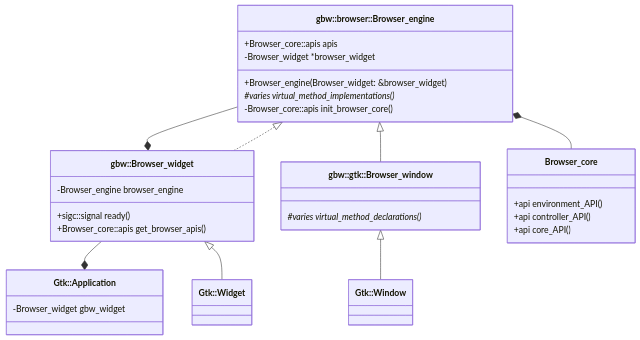
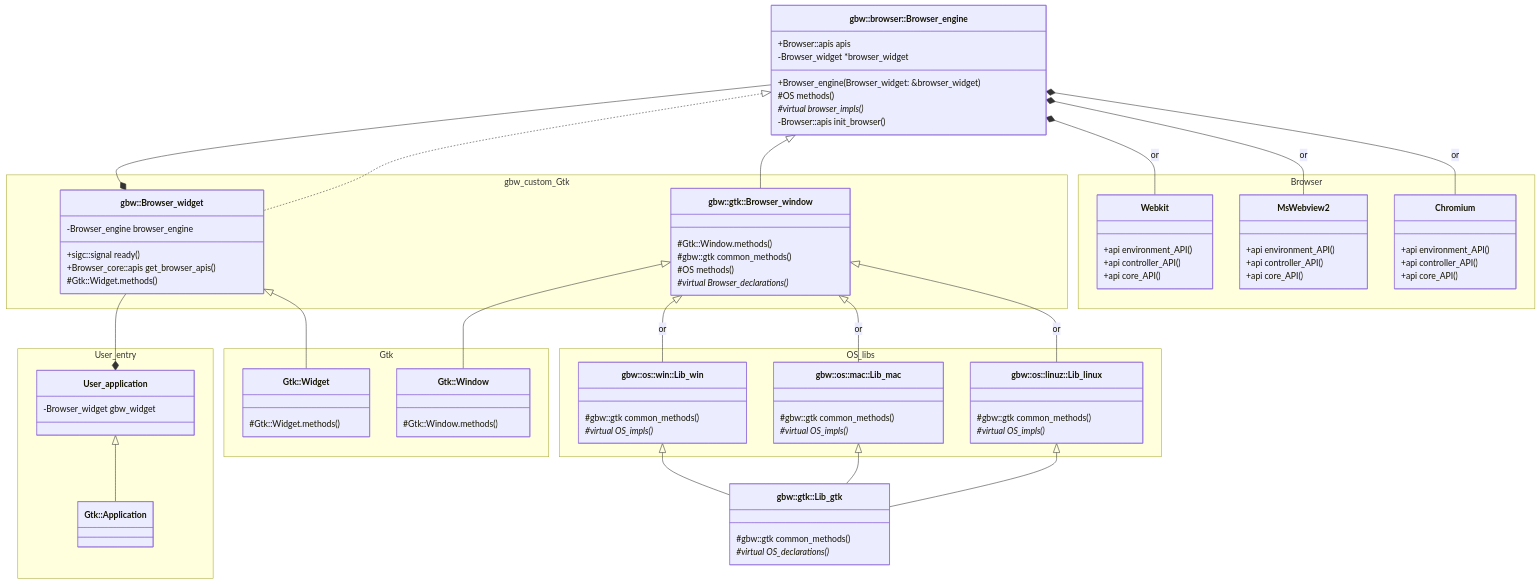
Before and after one commit to citkane/gtk-browser-widget: the diagram in include/gtk/README.md, drawn with Mermaid. The commit also changed other lines of this file, not shown here.

Commit message:
Update class hierarchy

````diff
--- a/include/gtk/README.md
+++ b/include/gtk/README.md
@@ -14,40 +14,109 @@
 ```mermaid
 classDiagram-v2
-    class Browser_widget["gbw::Browser_widget"]{
-        -Browser_engine browser_engine
-        +sigc::signal ready()
-        +Browser_core::apis get_browser_apis()
+    namespace gbw_custom_Gtk {
+      class Browser_widget["gbw::Browser_widget"]{
+          +sigc::signal ready()
+          +Browser_core::apis get_browser_apis()
+          #Gtk::Widget.methods()
+          -Browser_engine browser_engine
+      }
+
+      class Browser_window["gbw::gtk::Browser_window"]{
+        #Gtk::Window.methods()
+        #gbw::gtk common_methods()
+        #OS methods()
+        #virtual Browser_declarations()*
+      }
     }
 
-    class Browser_window["gbw::gtk::Browser_window"]{
-      #varies virtual_method_declarations()*
-    }
- 
     class Browser_engine["gbw::browser::Browser_engine"]{
         +Browser_engine(Browser_widget: &browser_widget)
-        +Browser_core::apis apis
+        +Browser::apis apis
+
+        #OS methods()
+        #virtual browser_impls()*
+        
+        -Browser::apis init_browser()
         -Browser_widget *browser_widget
-        #varies virtual_method_implementations()*
-        -Browser_core::apis init_browser_core()
         
     }
-   
-    class Window["Gtk::Window"]
-    class Widget["Gtk::Widget"]
-    class Application["Gtk::Application"]{
+
+    class Lib_gtk["gbw::gtk::Lib_gtk"]{
+      #gbw::gtk common_methods()
+      #virtual OS_declarations()*
+    }
+
+    namespace OS_libs {
+      class Lib_mac["gbw::os::mac::Lib_mac"]{
+        #gbw::gtk common_methods()
+        #virtual OS_impls()*
+      }
+      class Lib_win["gbw::os::win::Lib_win"]{
+        #gbw::gtk common_methods()
+        #virtual OS_impls()*
+      }
+      class Lib_linux["gbw::os::linuz::Lib_linux"]{
+        #gbw::gtk common_methods()
+        #virtual OS_impls()*
+      }
+    }
+
+    namespace Gtk {
+      class Widget["Gtk::Widget"]{
+        #Gtk::Widget.methods()
+      }
+      class Window["Gtk::Window"] {
+        #Gtk::Window.methods()
+      }
+    }
+
+
+    namespace User_entry {
+      class Application["Gtk::Application"]
+      class User_application{
         -Browser_widget gbw_widget
+      }
     }
-    class Browser_core {
+  
+ namespace Browser {
+    class Webkit {
       +api environment_API()
       +api controller_API()
       +api core_API()
     }
+    class MsWebview2 {
+      +api environment_API()
+      +api controller_API()
+      +api core_API()
+    }
+    class Chromium {
+      +api environment_API()
+      +api controller_API()
+      +api core_API()
+    }
+ }
 
-    Browser_engine *-- Browser_core
+    Browser_engine <|-- Browser_window
+    Browser_engine *-- Webkit : or
+    Browser_engine *-- Chromium : or
+    Browser_engine *-- MsWebview2 : or
     Browser_engine --* Browser_widget
-    Browser_widget --* Application
-    Browser_engine <|-- Browser_window
+
+    Browser_widget --* User_application
+    Browser_widget <|-- Widget
+
+    User_application <|-- Application
+
     Browser_window <|-- Window
-    Browser_widget <|-- Widget
+
     Browser_engine <|.. Browser_widget
+
+    Browser_window <|-- Lib_win : or
+    Browser_window <|-- Lib_mac : or
+    Browser_window <|-- Lib_linux : or
+
+    Lib_win <|-- Lib_gtk
+    Lib_mac <|-- Lib_gtk
+    Lib_linux <|-- Lib_gtk
+    
 ```
````
